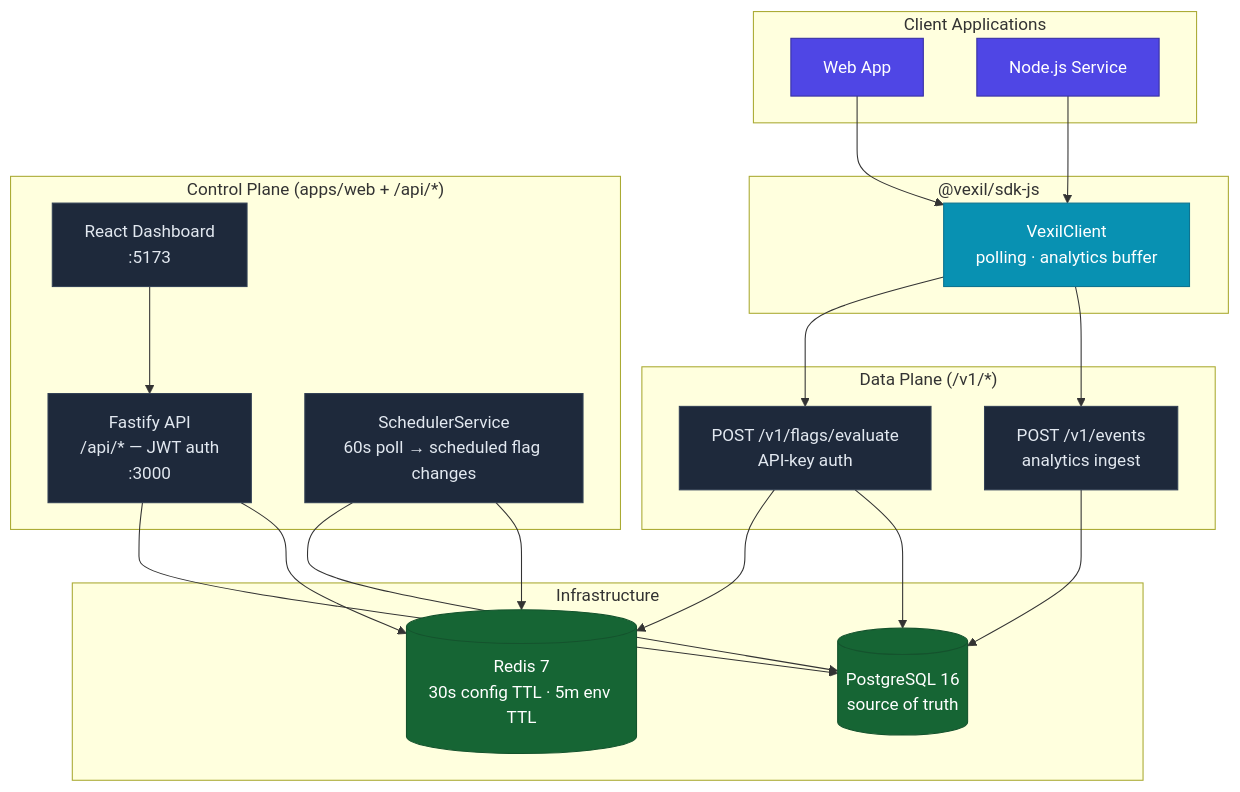
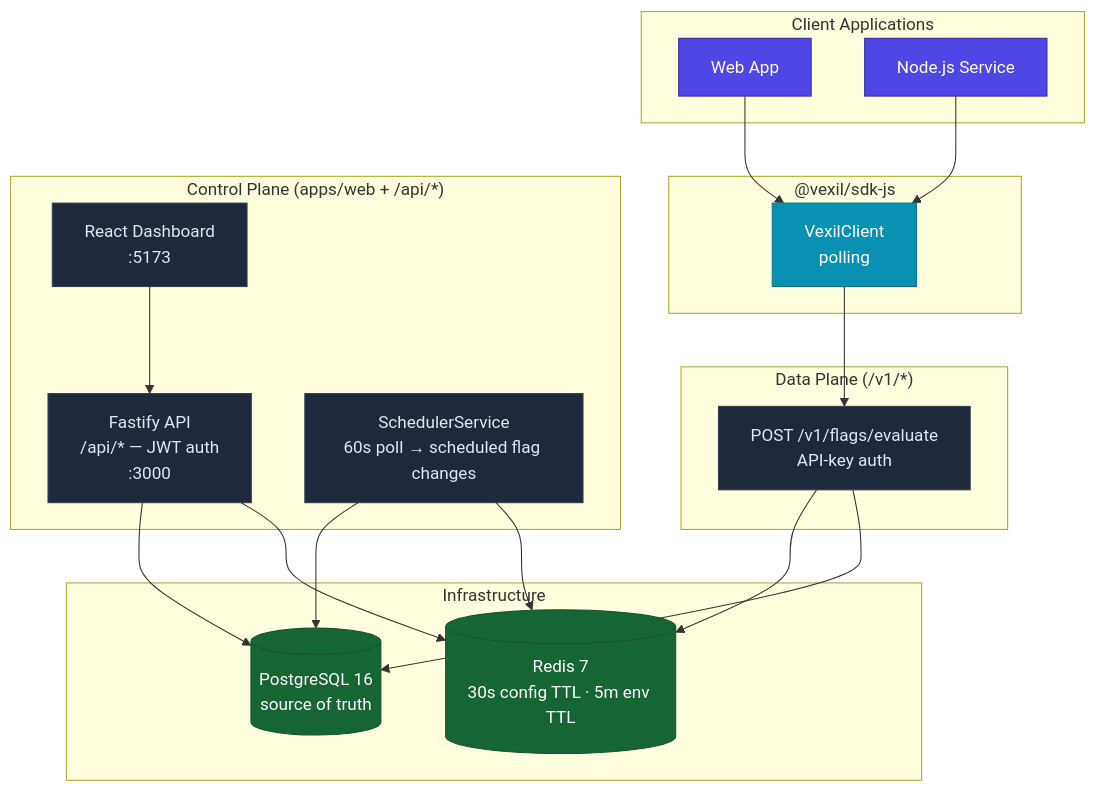
The first of 4 diagrams in README.md (AbhishekKhot/Vexil), drawn with Mermaid before and after one commit. The commit also changed other lines of this file and 31 other files, not shown here.

````diff
--- a/README.md
+++ b/README.md
@@ -26,44 +26,41 @@
 ```mermaid
 graph TB
     classDef client fill:#4f46e5,stroke:#3730a3,color:#fff
     classDef sdk fill:#0891b2,stroke:#0e7490,color:#fff
     classDef plane fill:#1e293b,stroke:#334155,color:#e2e8f0
     classDef infra fill:#166534,stroke:#14532d,color:#fff
 
     subgraph clients["Client Applications"]
         APP1["Web App"]:::client
         APP2["Node.js Service"]:::client
     end
 
     subgraph sdk["@vexil/sdk-js"]
-        SDKJS["VexilClient\npolling · analytics buffer"]:::sdk
+        SDKJS["VexilClient\npolling"]:::sdk
     end
 
     subgraph control["Control Plane  (apps/web + /api/*)"]
         DASH["React Dashboard\n:5173"]:::plane
         API["Fastify API\n/api/* — JWT auth\n:3000"]:::plane
         SCHED["SchedulerService\n60s poll → scheduled flag changes"]:::plane
     end
 
     subgraph data["Data Plane  (/v1/*)"]
         EVAL["POST /v1/flags/evaluate\nAPI-key auth"]:::plane
-        EVENTS["POST /v1/events\nanalytics ingest"]:::plane
     end
 
     subgraph infra["Infrastructure"]
         PG[("PostgreSQL 16\nsource of truth")]:::infra
         REDIS[("Redis 7\n30s config TTL · 5m env TTL")]:::infra
     end
 
     APP1 & APP2 --> SDKJS
     SDKJS --> EVAL
-    SDKJS --> EVENTS
     DASH --> API
     API --> PG
     API --> REDIS
     EVAL --> REDIS
     EVAL --> PG
-    EVENTS --> PG
     SCHED --> PG
     SCHED --> REDIS
 ```
````
